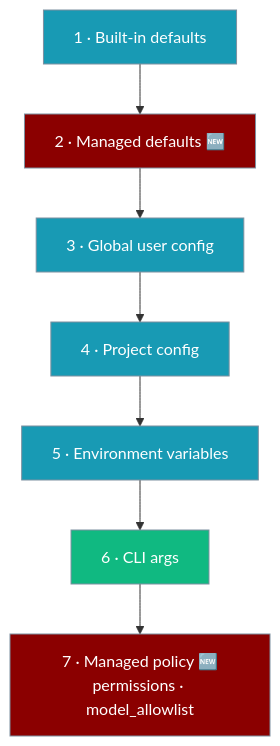
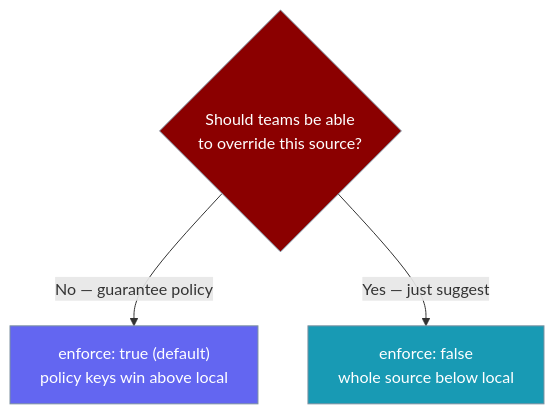
Before and after one commit to MervinPraison/PraisonAIDocs: the second of 2 diagrams in docs/features/managed-config.mdx, drawn with Mermaid. The commit also changed other lines of this file and 9 other files, not shown here.

Commit message:
docs: document 2026-07-13 user-facing features (subagents, installer, upgrade/uninstall, managed config, MCP scoped keys, tool timeout) (fixes #1893)

````diff
--- a/docs/features/managed-config.mdx
+++ b/docs/features/managed-config.mdx
@@ -91,19 +93,10 @@
 ```mermaid
 graph TB
-    L1[1 · Built-in defaults]
-    L2[2 · Managed defaults 🆕]
-    L3[3 · Global user config]
-    L4[4 · Project config]
-    L5[5 · Environment variables]
-    L6[6 · CLI args]
-    L7[7 · Managed policy 🆕<br/>permissions · model_allowlist]
+    Q{Should teams be able<br/>to override this source?}:::agent
+    Q -->|No — guarantee policy| E["enforce: true (default)<br/>policy keys win above local"]:::config
+    Q -->|Yes — just suggest| A["enforce: false<br/>whole source below local"]:::process
 
-    L1 --> L2 --> L3 --> L4 --> L5 --> L6 --> L7
-
-    classDef base fill:#189AB4,stroke:#7C90A0,color:#fff
-    classDef managed fill:#8B0000,stroke:#7C90A0,color:#fff
-    classDef top fill:#10B981,stroke:#7C90A0,color:#fff
-    class L1,L3,L4,L5 base
-    class L2,L7 managed
-    class L6 top
+    classDef agent fill:#8B0000,stroke:#7C90A0,color:#fff
+    classDef process fill:#189AB4,stroke:#7C90A0,color:#fff
+    classDef config fill:#6366F1,stroke:#7C90A0,color:#fff
 ```
````
